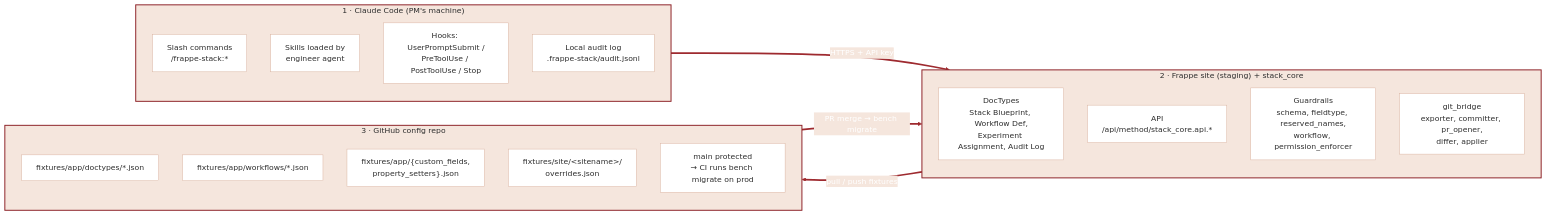
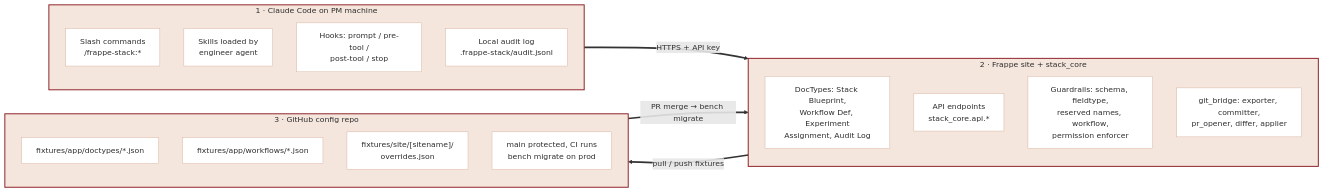
Before and after one commit to dhwani-ris/frappe-stack: the first of 4 diagrams in docs/architecture.md, drawn with Mermaid. The commit also changed other lines of this file and 1 other file, not shown here.

````diff
--- a/docs/architecture.md
+++ b/docs/architecture.md
@@ -7,49 +7,35 @@
 ```mermaid
-%%{init: {
-  'theme': 'base',
-  'themeVariables': {
-    'primaryColor': '#8B1E24',
-    'primaryTextColor': '#ffffff',
-    'primaryBorderColor': '#6A2E2E',
-    'lineColor': '#9E2A2F',
-    'secondaryColor': '#F5E6DD',
-    'tertiaryColor': '#E7C1AD',
-    'background': '#F5E6DD',
-    'fontFamily': 'Inter, system-ui, sans-serif'
-  }
-}}%%
 flowchart LR
-    subgraph PM["1 · Claude Code (PM's machine)"]
+    subgraph PM["1 · Claude Code on PM machine"]
         direction TB
-        P1["Slash commands<br/>/frappe-stack:*"]
-        P2["Skills loaded by<br/>engineer agent"]
-        P3["Hooks: UserPromptSubmit /<br/>PreToolUse / PostToolUse / Stop"]
-        P4["Local audit log<br/>.frappe-stack/audit.jsonl"]
+        P1["Slash commands<br>/frappe-stack:*"]
+        P2["Skills loaded by<br>engineer agent"]
+        P3["Hooks: prompt / pre-tool /<br>post-tool / stop"]
+        P4["Local audit log<br>.frappe-stack/audit.jsonl"]
     end
 
-    subgraph SITE["2 · Frappe site (staging) + stack_core"]
+    subgraph SITE["2 · Frappe site + stack_core"]
         direction TB
-        S1["DocTypes<br/>Stack Blueprint, Workflow Def,<br/>Experiment Assignment, Audit Log"]
-        S2["API<br/>/api/method/stack_core.api.*"]
-        S3["Guardrails<br/>schema, fieldtype, reserved_names,<br/>workflow, permission_enforcer"]
-        S4["git_bridge<br/>exporter, committer, pr_opener,<br/>differ, applier"]
+        S1["DocTypes: Stack Blueprint,<br>Workflow Def, Experiment<br>Assignment, Audit Log"]
+        S2["API endpoints<br>stack_core.api.*"]
+        S3["Guardrails: schema, fieldtype,<br>reserved names, workflow,<br>permission enforcer"]
+        S4["git_bridge: exporter, committer,<br>pr_opener, differ, applier"]
     end
 
     subgraph GIT["3 · GitHub config repo"]
         direction TB
         G1["fixtures/app/doctypes/*.json"]
         G2["fixtures/app/workflows/*.json"]
-        G3["fixtures/app/{custom_fields,<br/>property_setters}.json"]
-        G4["fixtures/site/&lt;sitename&gt;/<br/>overrides.json"]
-        G5["main protected<br/>→ CI runs bench migrate on prod"]
+        G3["fixtures/site/[sitename]/<br>overrides.json"]
+        G4["main protected, CI runs<br>bench migrate on prod"]
     end
 
     PM ==>|"HTTPS + API key"| SITE
     SITE ==>|"pull / push fixtures"| GIT
     GIT ==>|"PR merge → bench migrate"| SITE
 
     classDef actorBox fill:#F5E6DD,stroke:#8B1E24,stroke-width:2px,color:#2E2E2E
     classDef itemBox fill:#ffffff,stroke:#D9B3A0,stroke-width:1px,color:#2E2E2E
     class PM,SITE,GIT actorBox
-    class P1,P2,P3,P4,S1,S2,S3,S4,G1,G2,G3,G4,G5 itemBox
+    class P1,P2,P3,P4,S1,S2,S3,S4,G1,G2,G3,G4 itemBox
 ```
````
